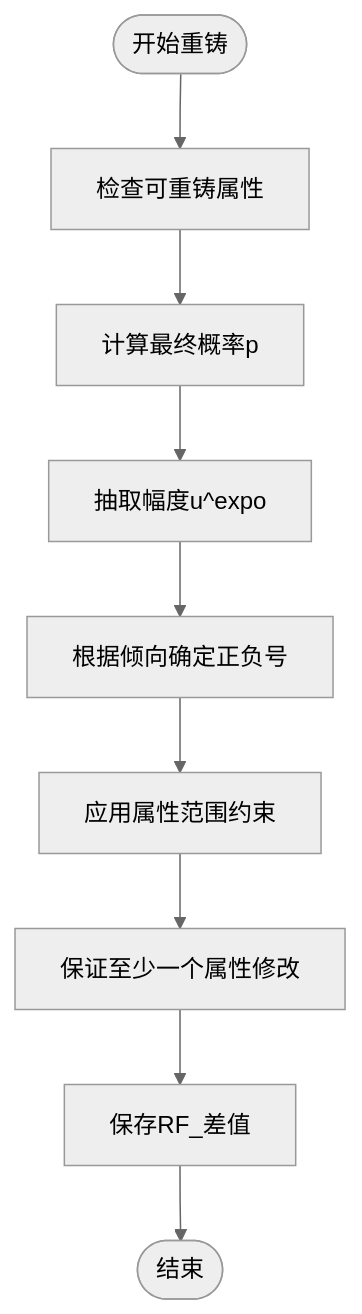
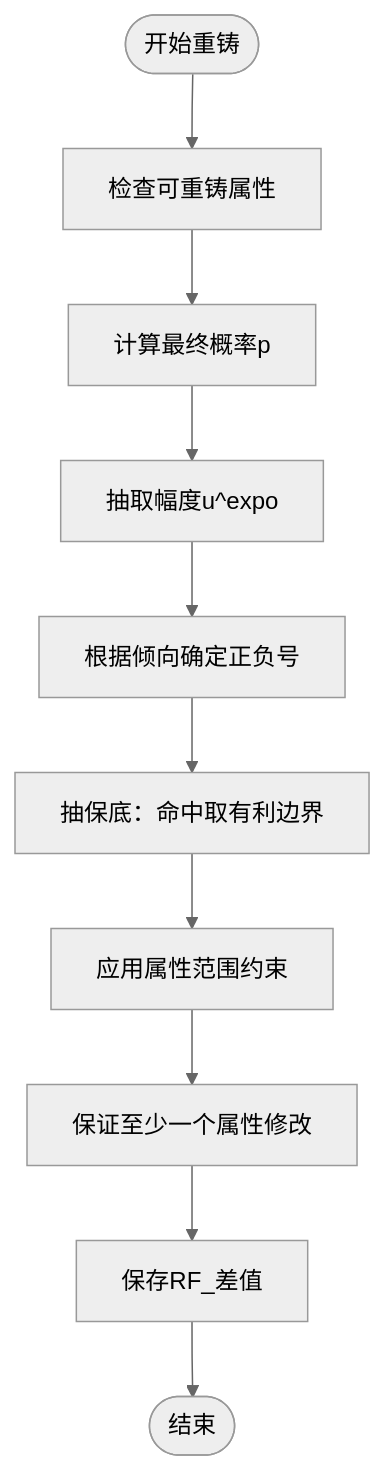
The third of 8 diagrams in .qoder/repowiki/zh/content/项目概览/核心功能特性/高级功能/重铸系统.md (GASEN1216/BossRushMod), drawn with Mermaid (neutral theme) before and after one commit. The commit also changed other lines of this file and 14 other files, not shown here.

Commit message:
重铸加顶格保底：每条属性各自累计连续未顶格次数，第 k 次额外 (k/100)^2 概率直接取有利边界（Max，后坐力取 Min），第 100 次必中，顶格清零、固定属性计数冻结；计数存物品隐藏变量 RF_PITY_*（SCHEMA+），旧存档从 0 开始、已有数值不动；重铸面板 Stat 数字改按原始值显示，不再叠配件，自身价值为 0 时先回退预制体价值；补守卫、执行回归、Wiki、repowiki 与台账（CR-2026-11-27-007）

````diff
--- a/.qoder/repowiki/zh/content/项目概览/核心功能特性/高级功能/重铸系统.md
+++ b/.qoder/repowiki/zh/content/项目概览/核心功能特性/高级功能/重铸系统.md
@@ -143,11 +146,12 @@
 ```mermaid
 flowchart TD
 Start(["开始重铸"]) --> CheckEligible["检查可重铸属性"]
 CheckEligible --> CalcP["计算最终概率p"]
 CalcP --> RollMag["抽取幅度u^expo"]
 RollMag --> Sign["根据倾向确定正负号"]
-Sign --> ApplyRange["应用属性范围约束"]
+Sign --> Pity["抽保底：命中取有利边界"]
+Pity --> ApplyRange["应用属性范围约束"]
 ApplyRange --> EnsureOne["保证至少一个属性修改"]
 EnsureOne --> SaveDelta["保存RF_差值"]
 SaveDelta --> End(["结束"])
 ```
````
